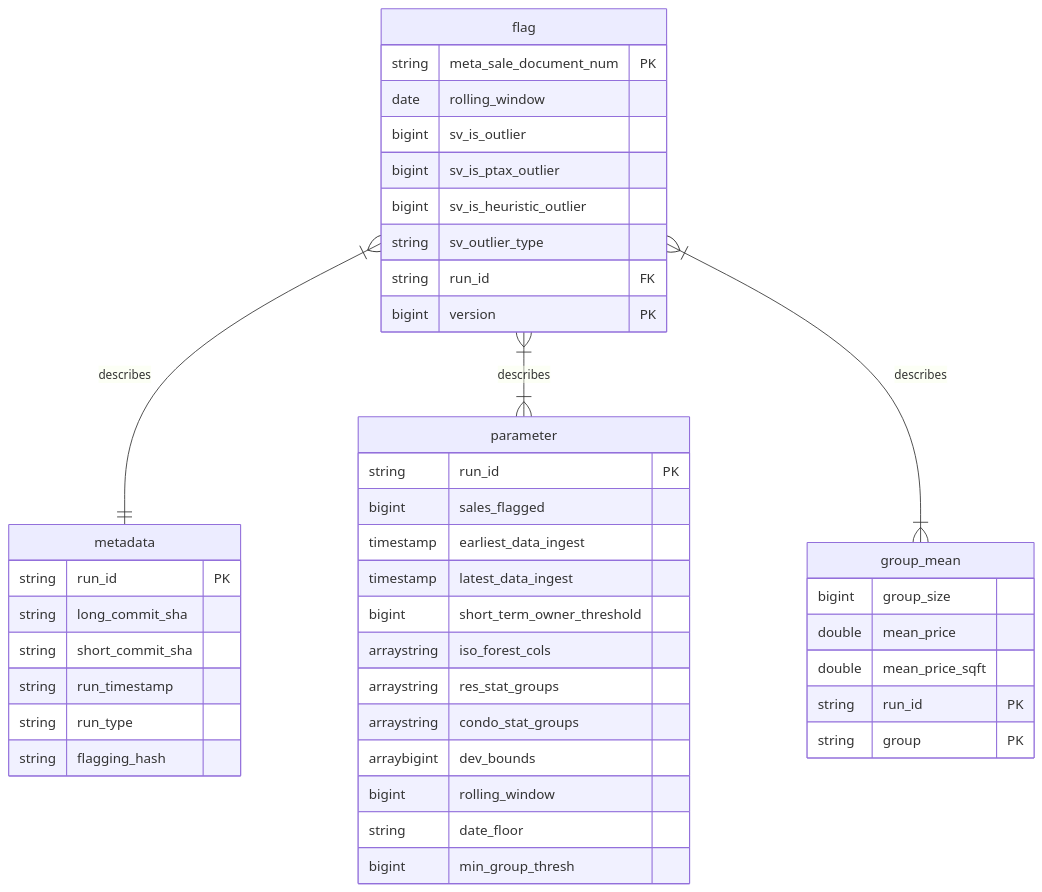
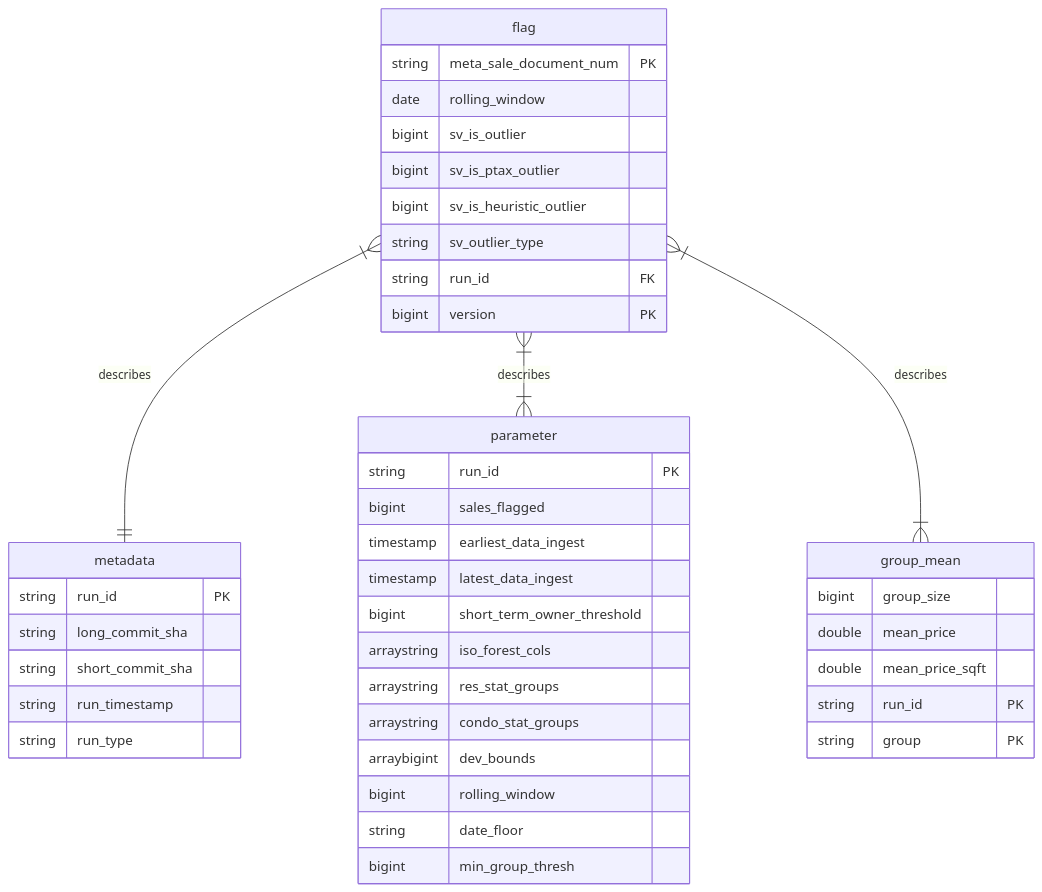
One commit to ccao-data/model-sales-val changed the second of 2 diagrams in README.md. Above: the diagram before and after it, drawn with Mermaid. The commit also changed other lines of this file, not shown here.

````diff
--- a/README.md
+++ b/README.md
@@ -58,48 +58,47 @@
 ```mermaid
 erDiagram
     flag }|--|| metadata : describes
     flag }|--|{ parameter : describes
     flag }|--|{ group_mean : describes
 
     flag {
         string meta_sale_document_num PK
         date rolling_window
         bigint sv_is_outlier
         bigint sv_is_ptax_outlier
         bigint sv_is_heuristic_outlier
         string sv_outlier_type
         string run_id FK
         bigint version PK
 
     }
     metadata {
         string run_id PK
         string long_commit_sha
         string short_commit_sha
         string run_timestamp
         string run_type
-        string flagging_hash
     }
     parameter {
         string run_id PK
         bigint sales_flagged
         timestamp earliest_data_ingest
         timestamp latest_data_ingest
         bigint short_term_owner_threshold
         arraystring iso_forest_cols
         arraystring res_stat_groups
         arraystring condo_stat_groups
         arraybigint dev_bounds
         bigint rolling_window
         string date_floor
         bigint min_group_thresh
     }
 
     group_mean {
         bigint group_size
         double mean_price
         double mean_price_sqft
         string run_id PK
         string group PK
     }
 ```
````
